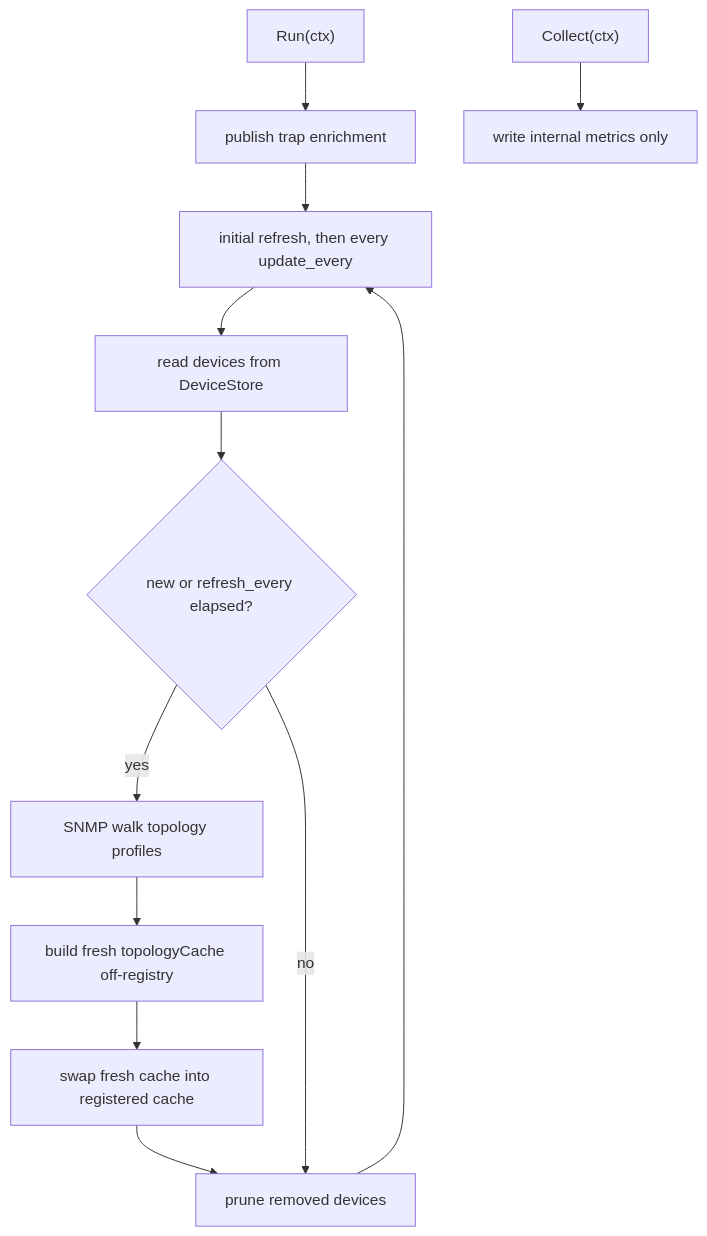
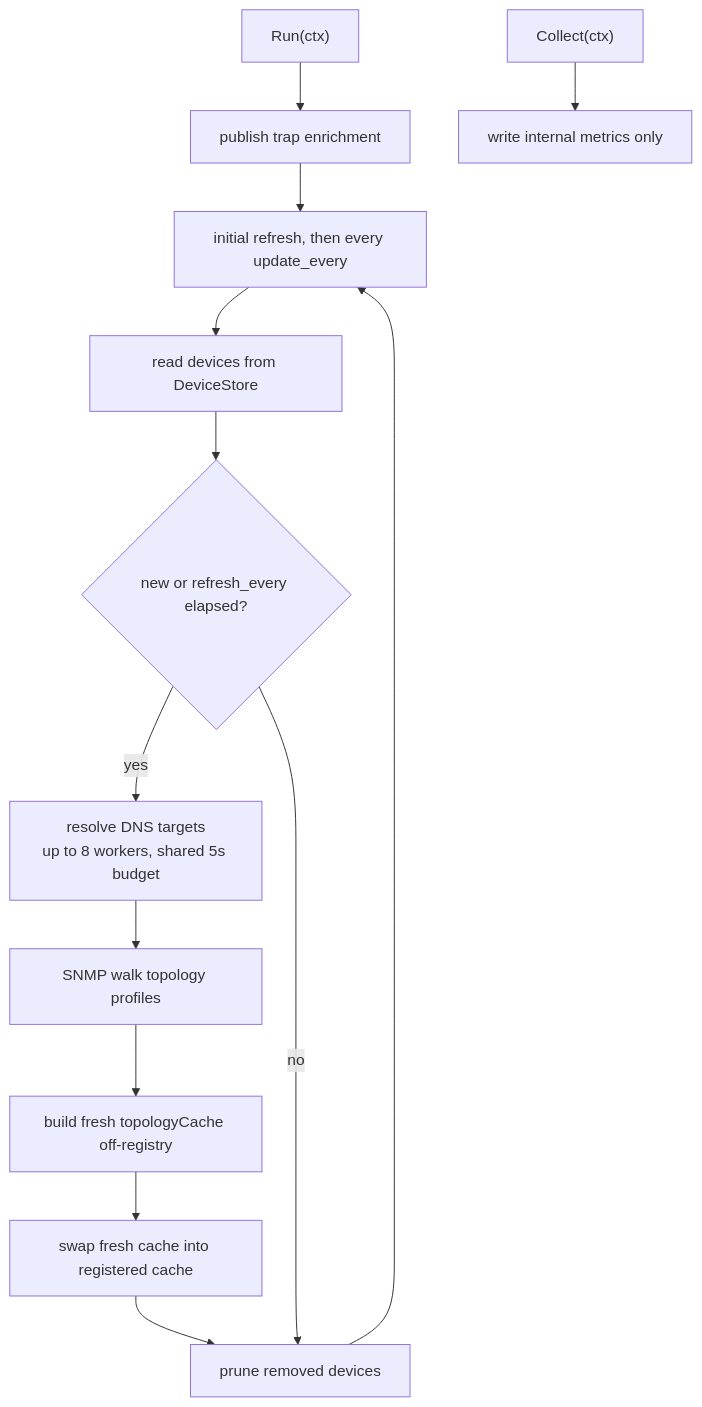
One commit to netdata/netdata changed the second of 3 diagrams in src/go/plugin/go.d/collector/snmp_topology/ARCHITECTURE.md. Above: the diagram before and after it, drawn with Mermaid. The commit also changed other lines of this file and 24 other files, not shown here.

````diff
--- a/src/go/plugin/go.d/collector/snmp_topology/ARCHITECTURE.md
+++ b/src/go/plugin/go.d/collector/snmp_topology/ARCHITECTURE.md
@@ -67,19 +67,20 @@
 ```mermaid
 flowchart TD
     Run["Run(ctx)"]
     Publish["publish trap enrichment"]
     Tick["initial refresh, then every update_every"]
     Devices["read devices from DeviceStore"]
     Fresh{"new or refresh_every elapsed?"}
+    Resolve["resolve DNS targets<br/>up to 8 workers, shared 5s budget"]
     Walk["SNMP walk topology profiles"]
     Next["build fresh topologyCache off-registry"]
     Swap["swap fresh cache into registered cache"]
     Prune["prune removed devices"]
     Collect["Collect(ctx)"]
     Metrics["write internal metrics only"]
 
     Run --> Publish --> Tick --> Devices --> Fresh
-    Fresh -->|"yes"| Walk --> Next --> Swap --> Prune --> Tick
+    Fresh -->|"yes"| Resolve --> Walk --> Next --> Swap --> Prune --> Tick
     Fresh -->|"no"| Prune
     Collect --> Metrics
 ```
````
